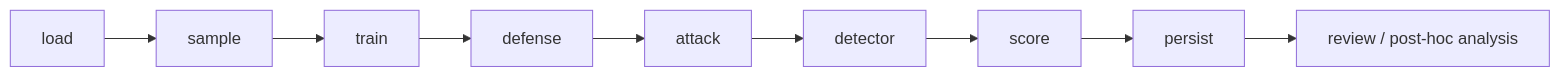
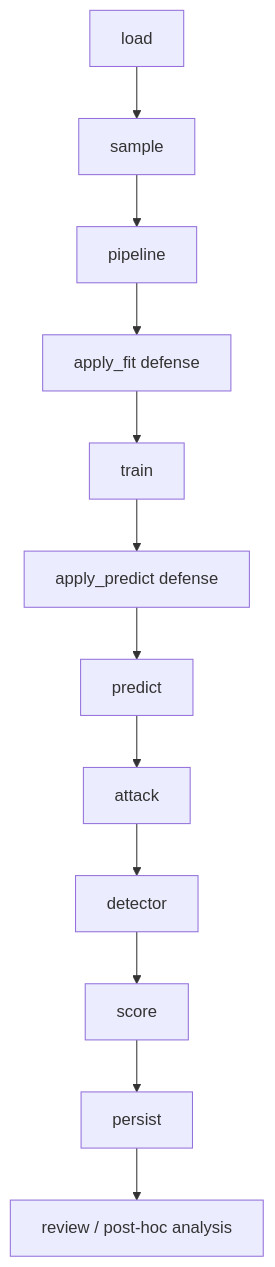
The ninth of 18 diagrams in docs/overview/flowcharts.md (simplymathematics/deckard), drawn with Mermaid before and after one commit. The commit also changed other lines of this file and 28 other files, not shown here.

````diff
--- a/docs/overview/flowcharts.md
+++ b/docs/overview/flowcharts.md
@@ -164,11 +159,13 @@
 ```mermaid
-flowchart LR
-  A[load]:::experiment --> B[sample]:::experiment
-  B --> C[train]:::experiment
-  C --> D[defense]:::experiment
-  D --> E[attack]:::attack
-  E --> F[detector]:::detector
-  F --> G[score]:::scores
-  G --> H[persist]:::files
-  H --> I[review / post-hoc analysis]:::experiment
+flowchart TD
+  A[load]:::data --> B[sample]:::data --> B2[pipeline]:::data
+  B2 --> C[apply_fit defense]:::model
+  C --> D[train]:::model
+  D --> E[apply_predict defense]:::model
+  E --> F[predict]:::model
+  F --> G[attack]:::attack
+  G --> H[detector]:::detector
+  H --> I[score]:::scores
+  I --> J[persist]:::files
+  J --> K[review / post-hoc analysis]:::experiment
 ```
````
